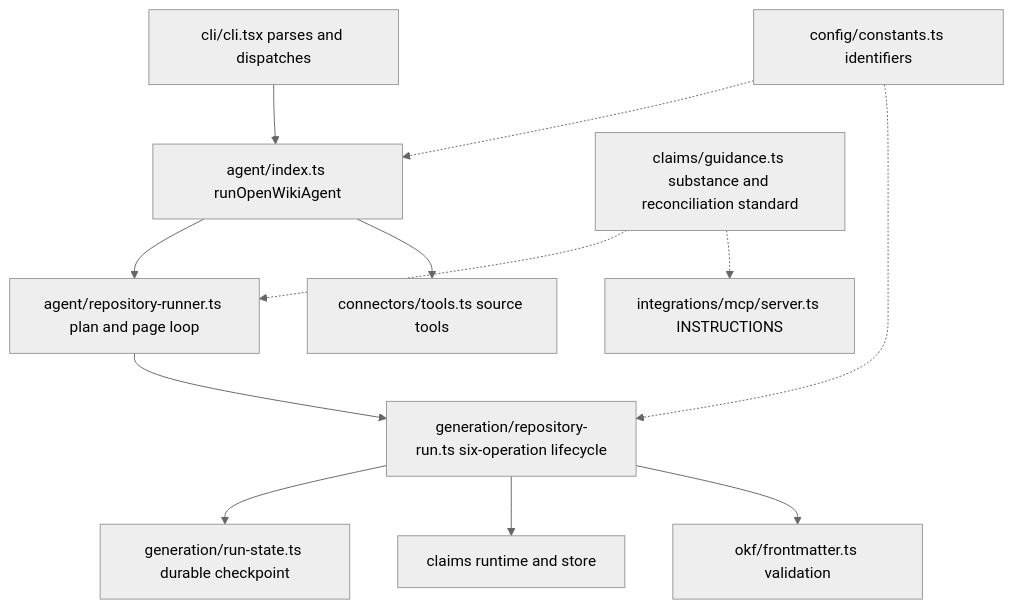
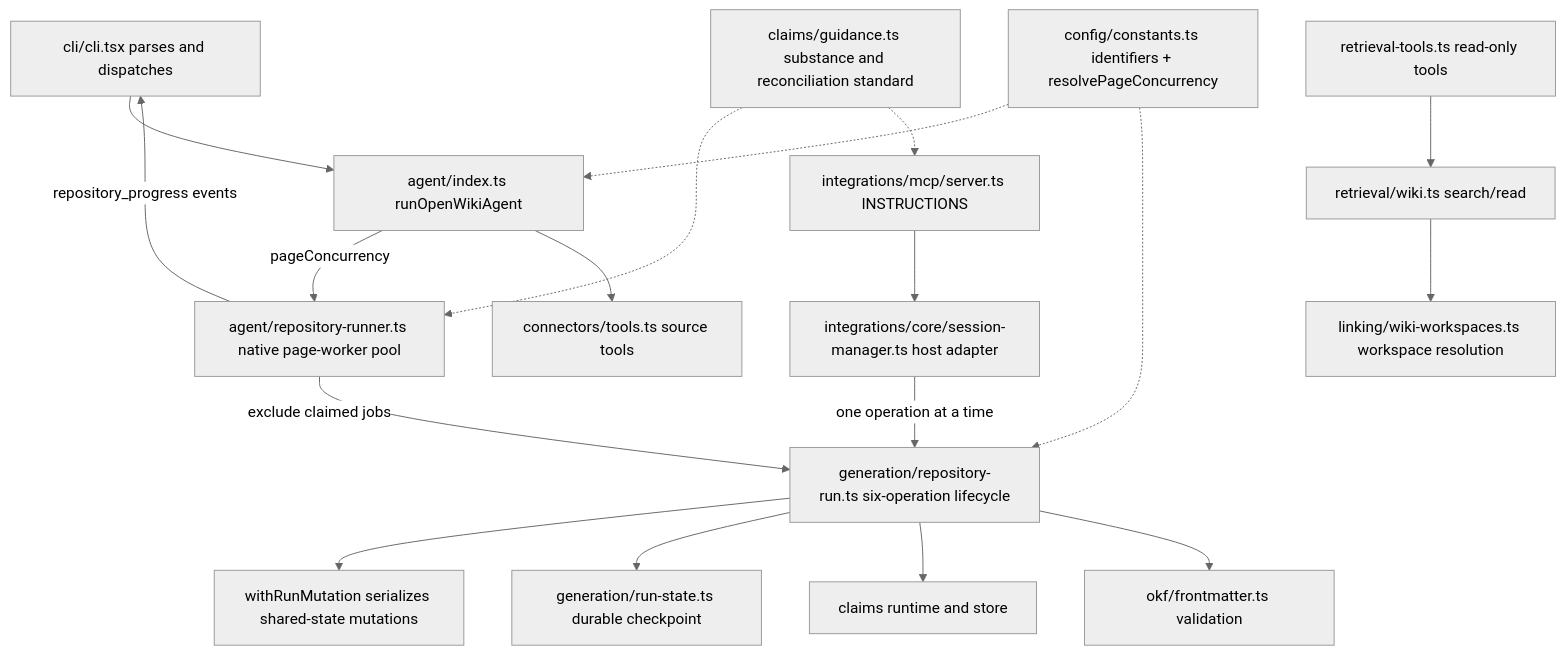
The diagram in packages/openwiki/openwiki/architecture/source-map.md (plaire48/llm_router_desktop), drawn with Mermaid (neutral theme) before and after one commit. The commit also changed other lines of this file and 552 other files, not shown here.

````diff
--- a/packages/openwiki/openwiki/architecture/source-map.md
+++ b/packages/openwiki/openwiki/architecture/source-map.md
@@ -452,14 +664,20 @@
 ```mermaid
 flowchart TD
   CLI["cli/cli.tsx parses and dispatches"] --> Agent["agent/index.ts runOpenWikiAgent"]
-  Agent --> Runner["agent/repository-runner.ts plan and page loop"]
-  Runner --> Gen["generation/repository-run.ts six-operation lifecycle"]
+  Agent -->|pageConcurrency| Runner["agent/repository-runner.ts native page-worker pool"]
+  Runner -->|repository_progress events| CLI
+  Runner -->|exclude claimed jobs| Gen["generation/repository-run.ts six-operation lifecycle"]
+  Session["integrations/core/session-manager.ts host adapter"] -->|one operation at a time| Gen
+  Gen --> Lock["withRunMutation serializes shared-state mutations"]
   Gen --> State["generation/run-state.ts durable checkpoint"]
   Gen --> Claims["claims runtime and store"]
   Gen --> OKF["okf/frontmatter.ts validation"]
   Guidance["claims/guidance.ts substance and reconciliation standard"] -.-> Runner
   Guidance -.-> MCP["integrations/mcp/server.ts INSTRUCTIONS"]
+  MCP --> Session
+  Retrieval["retrieval-tools.ts read-only tools"] --> WikiSearch["retrieval/wiki.ts search/read"]
+  WikiSearch --> Linking["linking/wiki-workspaces.ts workspace resolution"]
   Agent --> Connectors["connectors/tools.ts source tools"]
-  Config["config/constants.ts identifiers"] -.-> Agent
+  Config["config/constants.ts identifiers + resolvePageConcurrency"] -.-> Agent
   Config -.-> Gen
 ```
````
